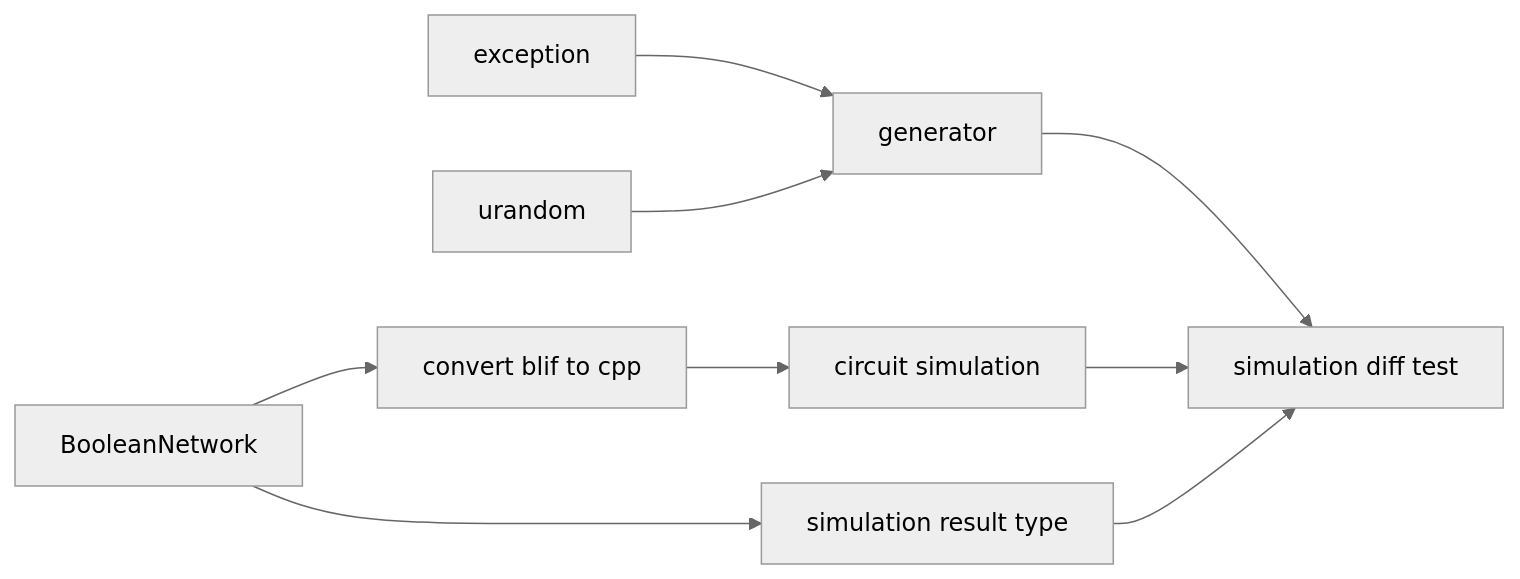
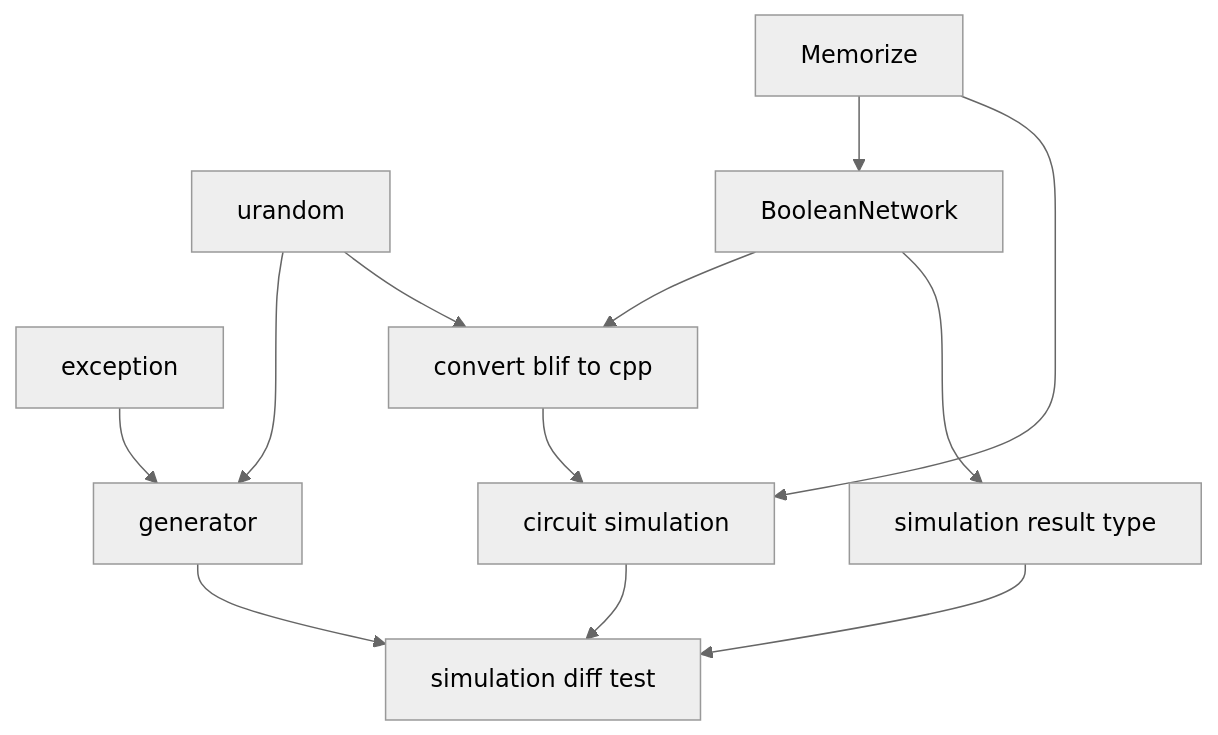
One commit to SJTU-ECTL/simulator changed the first of 2 diagrams in README.md. Above: the diagram before and after it, drawn with Mermaid (neutral theme). The commit also changed 7 other files, not shown here.

Commit message:
docs: update doc with new flow chart

````diff
--- a/README.md
+++ b/README.md
@@ -32,11 +32,14 @@
 ```mermaid
-graph LR
+graph TD
 A[exception] --> B[generator]
 C[urandom] --> B[generator]
 D[BooleanNetwork] --> E[convert blif to cpp]
 E --> F[circuit simulation]
 B --> G[simulation diff test]
 F --> G
 H[simulation result type] --> G
 D --> H
+C --> E
+I[Memorize] --> D
+I --> F
 ```
````
